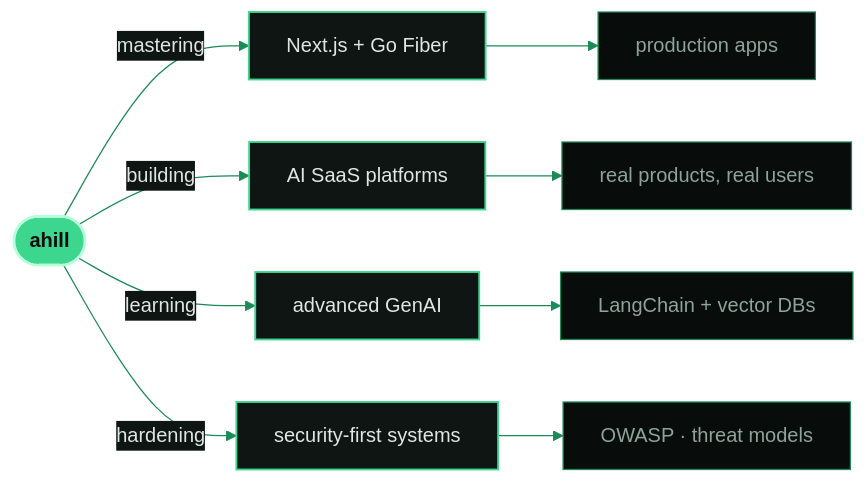
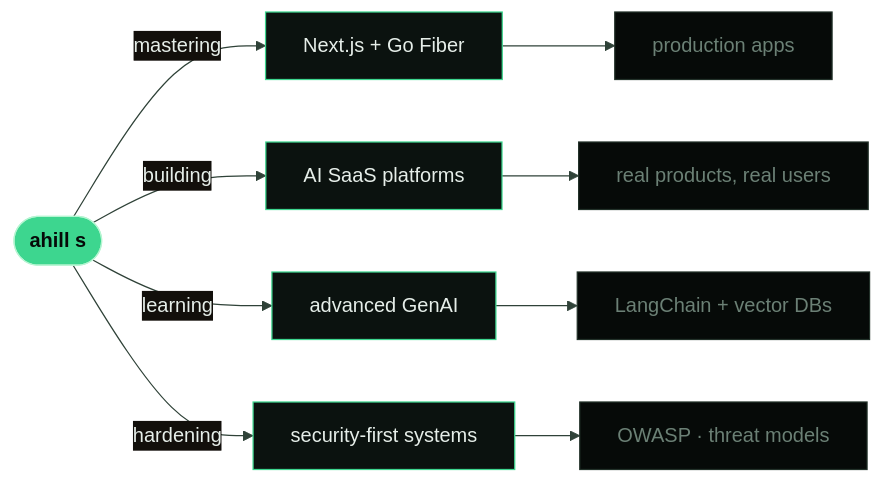
Before and after one commit to AHILL-0121/AHILL-0121: the diagram in README.md, drawn with Mermaid. The commit also changed other lines of this file and 70 other files, not shown here.

````diff
--- a/README.md
+++ b/README.md
@@ -178,19 +93,18 @@
 ```mermaid
-%%{init: {'theme':'base','themeVariables':{'background':'#080C0B','primaryColor':'#080C0B','primaryTextColor':'#E0E6E3','primaryBorderColor':'#3DD68F','lineColor':'#1C8A57','secondaryColor':'#0E1512','tertiaryColor':'#0E1512','fontFamily':'monospace'}}}%%
+%%{init: {'theme':'base','themeVariables':{'background':'#060A08','primaryColor':'#0B120F','primaryTextColor':'#E6EEE9','primaryBorderColor':'#3DD68F','lineColor':'#2F4238','fontFamily':'monospace'}}}%%
 graph LR
-    A(["ahill"]) -->|mastering| B["Next.js + Go Fiber"]
+    A(["ahill s"]) -->|mastering| B["Next.js + Go Fiber"]
     A -->|building| C["AI SaaS platforms"]
     A -->|learning| D["advanced GenAI"]
     A -->|hardening| S["security-first systems"]
     B --> E["production apps"]
     C --> F["real products, real users"]
     D --> G["LangChain + vector DBs"]
     S --> H["OWASP · threat models"]
-
-    classDef core fill:#3DD68F,stroke:#B6FFD9,stroke-width:2px,color:#080C0B,font-weight:bold
-    classDef mid fill:#0E1512,stroke:#3DD68F,stroke-width:1.5px,color:#E0E6E3
-    classDef out fill:#080C0B,stroke:#1C8A57,stroke-width:1px,color:#8FA39A
+    classDef core fill:#3DD68F,stroke:#B6F5D2,color:#060A08,font-weight:bold
+    classDef mid fill:#0B120F,stroke:#3DD68F,color:#E6EEE9
+    classDef out fill:#060A08,stroke:#223129,color:#6B8075
     class A core
     class B,C,D,S mid
     class E,F,G,H out
 ```
````
